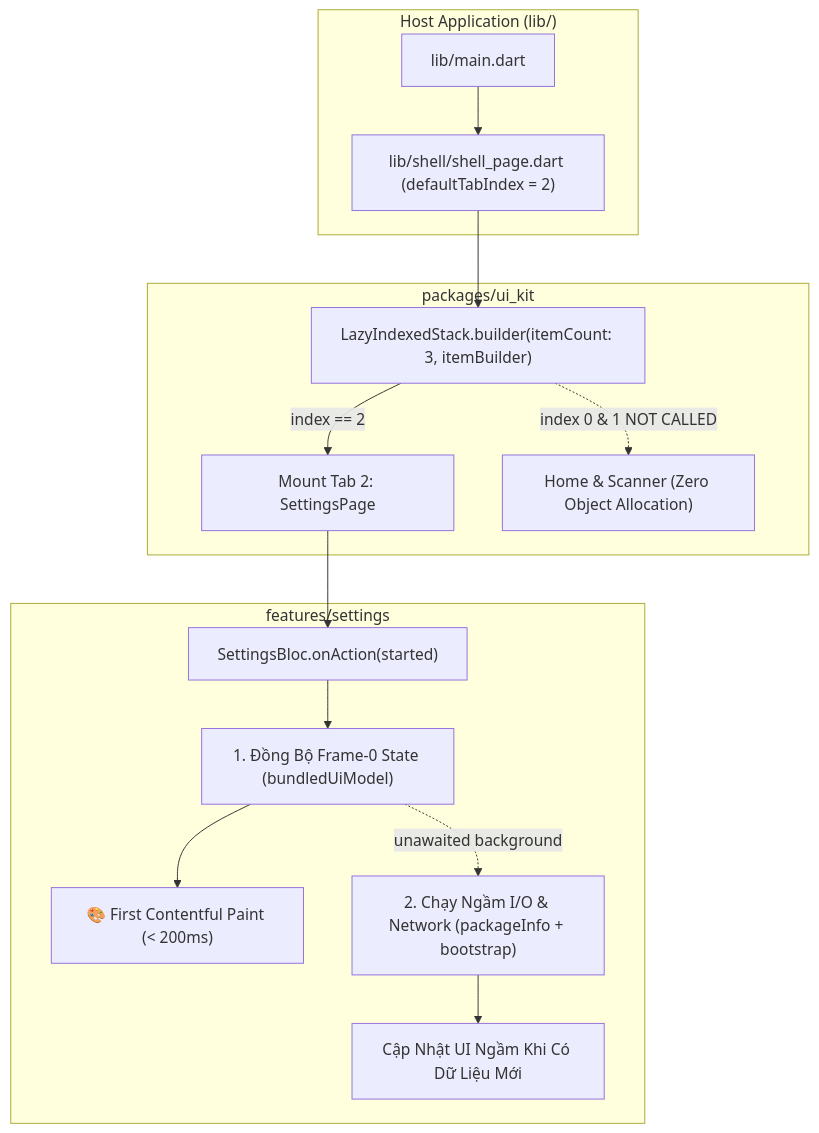
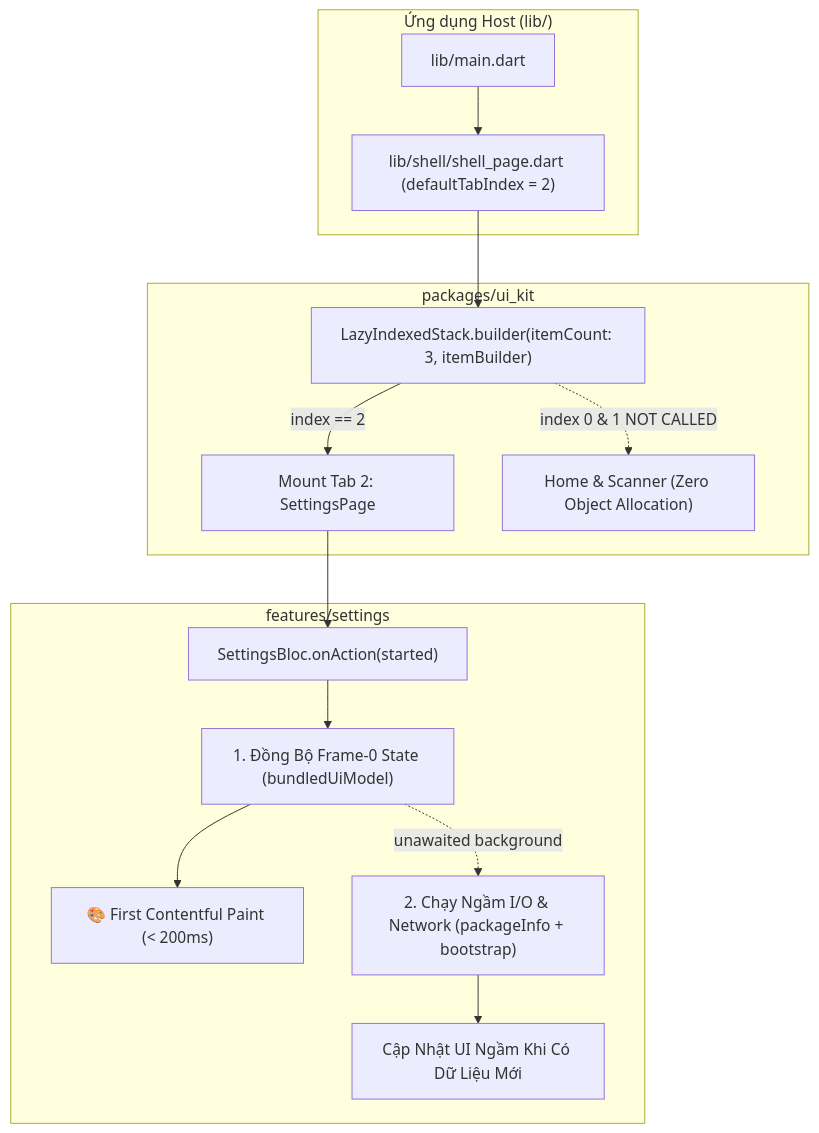
Before and after one commit to DanhDue/bloc_digital_wallet: the first of 2 diagrams in .devtool/epic/startup_rendering_optimization/startup_rendering_optimization.vi.md, drawn with Mermaid. The commit also changed 5 other files, not shown here.

First line of the commit message:
[DOCS] Standardize Mermaid architecture diagrams to flowchart TD

````diff
--- a/.devtool/epic/startup_rendering_optimization/startup_rendering_optimization.vi.md
+++ b/.devtool/epic/startup_rendering_optimization/startup_rendering_optimization.vi.md
@@ -44,20 +44,20 @@
 ```mermaid
-graph TD
-    subgraph HostApp ["Host Application (lib/)"]
+flowchart TD
+    subgraph HostApp ["Ứng dụng Host (lib/)"]
         MAIN["lib/main.dart"] --> SHELL["lib/shell/shell_page.dart (defaultTabIndex = 2)"]
     end
 
     subgraph UIKitModule ["packages/ui_kit"]
         SHELL --> LAZY["LazyIndexedStack.builder(itemCount: 3, itemBuilder)"]
         LAZY -->|index == 2| MOUNT_SET["Mount Tab 2: SettingsPage"]
         LAZY -.->|index 0 & 1 NOT CALLED| NO_EVAL["Home & Scanner (Zero Object Allocation)"]
     end
 
     subgraph SettingsModule ["features/settings"]
         MOUNT_SET --> BLOC["SettingsBloc.onAction(started)"]
         BLOC --> SYNC_EMIT["1. Đồng Bộ Frame-0 State (bundledUiModel)"]
         SYNC_EMIT --> RENDER["🎨 First Contentful Paint (< 200ms)"]
         SYNC_EMIT -.->|unawaited background| ASYNC_IO["2. Chạy Ngầm I/O & Network (packageInfo + bootstrap)"]
         ASYNC_IO --> SILENT_UPDATE["Cập Nhật UI Ngầm Khi Có Dữ Liệu Mới"]
     end
 ```
````
